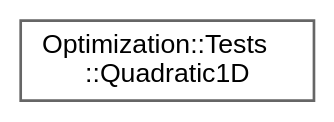
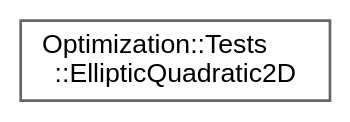
Before and after one commit to jswoo0615/Algorithms_for_Optimization_cpp: the diagram in inherit_graph_31.dot, drawn with Graphviz. The commit also changed 64 other files, not shown here.

```diff
--- a/inherit_graph_31.dot
+++ b/inherit_graph_31.dot
@@ -1,9 +1,9 @@
 digraph "Graphical Class Hierarchy"
 {
  // LATEX_PDF_SIZE
   bgcolor="transparent";
   edge [fontname=Helvetica,fontsize=10,labelfontname=Helvetica,labelfontsize=10];
   node [fontname=Helvetica,fontsize=10,shape=box,height=0.2,width=0.4];
   rankdir="LR";
-  Node0 [id="Node000000",label="Optimization::Tests\l::Quadratic1D",height=0.2,width=0.4,color="grey40", fillcolor="white", style="filled",URL="$structOptimization_1_1Tests_1_1Quadratic1D.html",tooltip="1차원 2차 함수 (Quadratic Function) f(x) = (x - 3.0)^2 전역 최적점: x* = 3.0, f(x*) = 0.0"];
+  Node0 [id="Node000000",label="Optimization::Tests\l::EllipticQuadratic2D",height=0.2,width=0.4,color="grey40", fillcolor="white", style="filled",URL="$structOptimization_1_1Tests_1_1EllipticQuadratic2D.html",tooltip=" "];
 }
```
